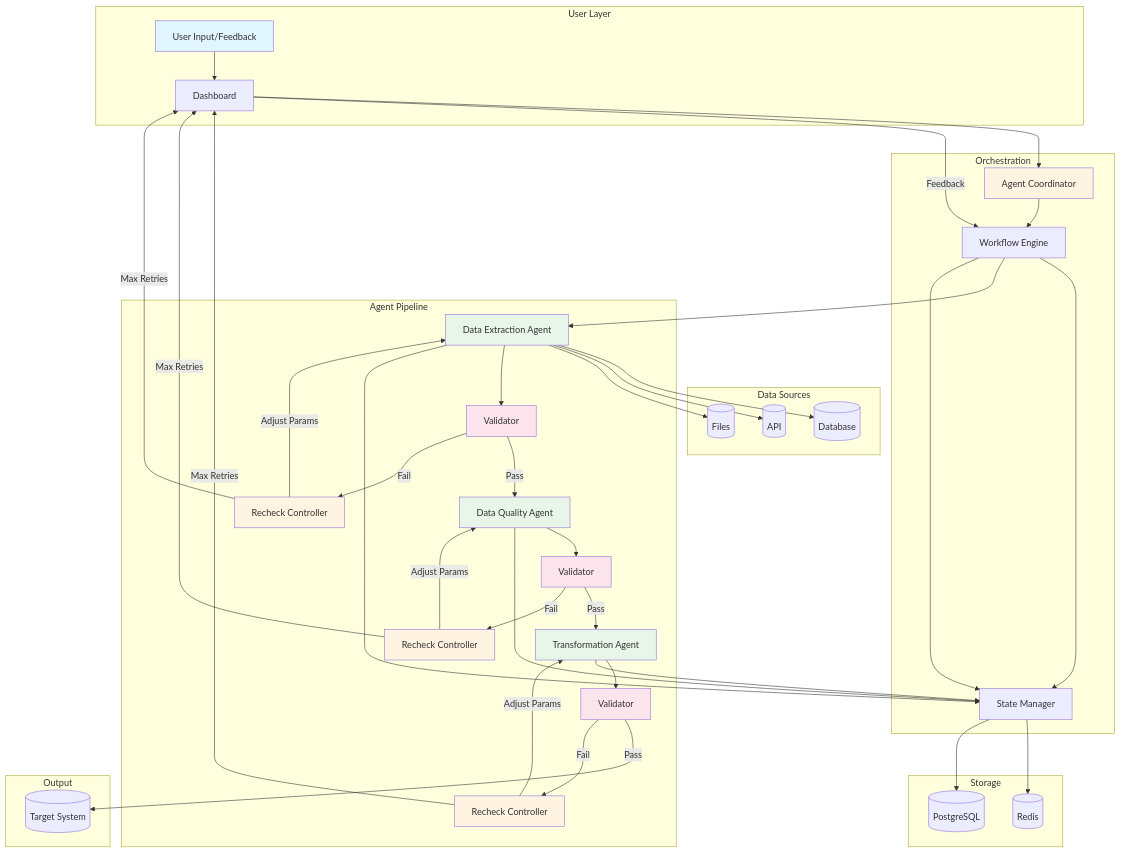
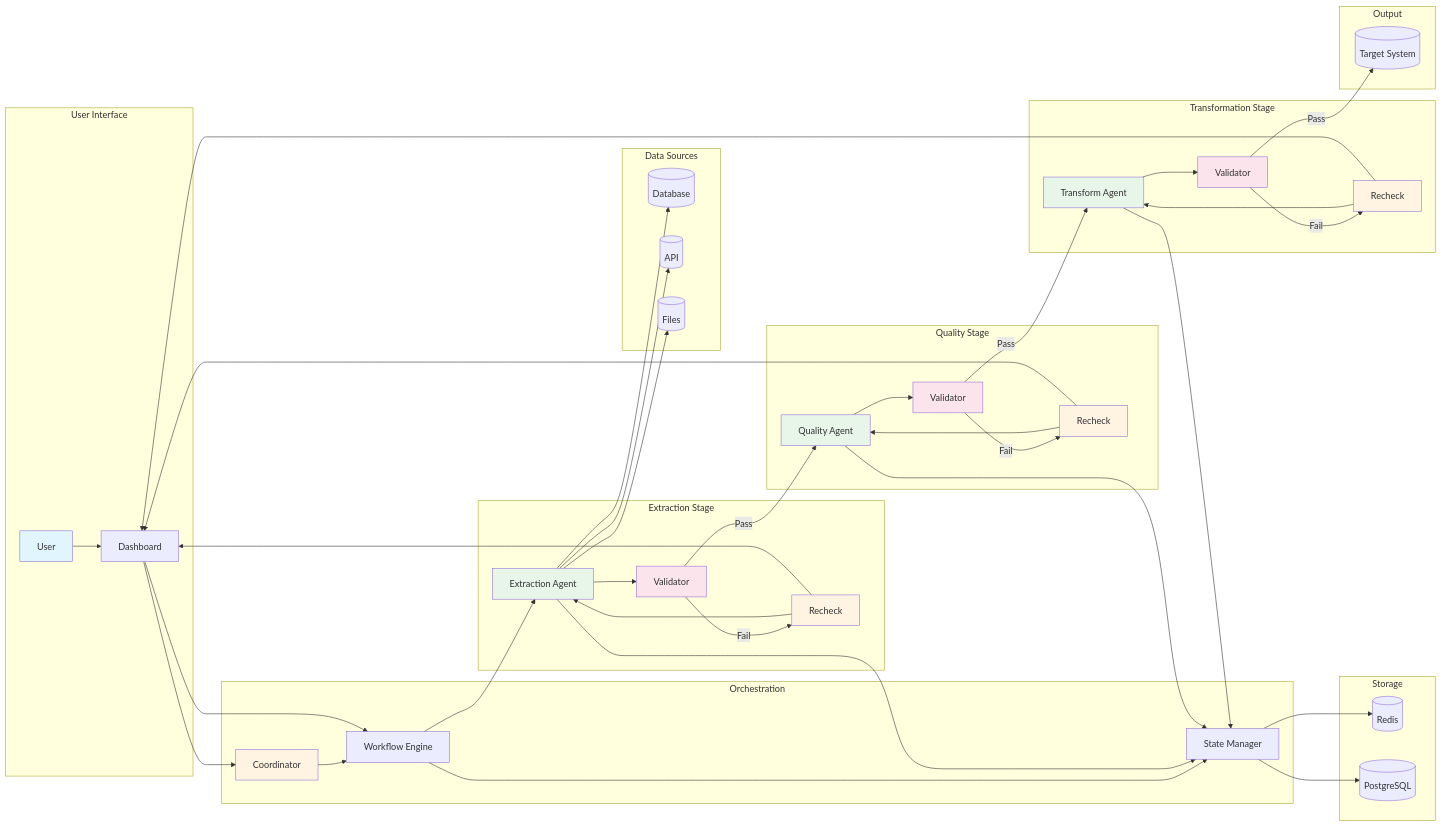
The diagram in architecture-diagram.md (najiatasleem/agentic-de-lifecycle), drawn with Mermaid before and after one commit.

Commit message:
Refactor diagram to left-to-right flow for cleaner layout

````diff
--- a/architecture-diagram.md
+++ b/architecture-diagram.md
@@ -5,12 +5,12 @@
 ```mermaid
-graph TB
-    subgraph "User Layer"
-        USER[User Input/Feedback]
+graph LR
+    subgraph "User Interface"
+        USER[User]
         DASH[Dashboard]
     end
     
     subgraph "Orchestration"
-        COORD[Agent Coordinator]
+        COORD[Coordinator]
         WORKFLOW[Workflow Engine]
         STATE[State Manager]
     end
@@ -21,18 +21,22 @@
         FILES[(Files)]
     end
     
-    subgraph "Agent Pipeline"
-        EXTRACT[Data Extraction Agent]
-        VALIDATE1[Validator]
-        RECHECK1[Recheck Controller]
-        
-        QUALITY[Data Quality Agent]
-        VALIDATE2[Validator]
-        RECHECK2[Recheck Controller]
-        
-        TRANSFORM[Transformation Agent]
-        VALIDATE3[Validator]
-        RECHECK3[Recheck Controller]
+    subgraph "Extraction Stage"
+        EXTRACT[Extraction Agent]
+        V1[Validator]
+        R1[Recheck]
+    end
+    
+    subgraph "Quality Stage"
+        QUALITY[Quality Agent]
+        V2[Validator]
+        R2[Recheck]
+    end
+    
+    subgraph "Transformation Stage"
+        TRANSFORM[Transform Agent]
+        V3[Validator]
+        R3[Recheck]
     end
     
     subgraph "Storage"
@@ -54,29 +58,28 @@
     EXTRACT --> API
     EXTRACT --> FILES
     
-    EXTRACT --> VALIDATE1
-    VALIDATE1 -->|Pass| QUALITY
-    VALIDATE1 -->|Fail| RECHECK1
-    RECHECK1 -->|Adjust Params| EXTRACT
-    RECHECK1 -->|Max Retries| DASH
+    EXTRACT --> V1
+    V1 -->|Pass| QUALITY
+    V1 -->|Fail| R1
+    R1 --> EXTRACT
+    R1 --> DASH
     
-    QUALITY --> VALIDATE2
-    VALIDATE2 -->|Pass| TRANSFORM
-    VALIDATE2 -->|Fail| RECHECK2
-    RECHECK2 -->|Adjust Params| QUALITY
-    RECHECK2 -->|Max Retries| DASH
+    QUALITY --> V2
+    V2 -->|Pass| TRANSFORM
+    V2 -->|Fail| R2
+    R2 --> QUALITY
+    R2 --> DASH
     
-    TRANSFORM --> VALIDATE3
-    VALIDATE3 -->|Pass| TARGET
-    VALIDATE3 -->|Fail| RECHECK3
-    RECHECK3 -->|Adjust Params| TRANSFORM
-    RECHECK3 -->|Max Retries| DASH
+    TRANSFORM --> V3
+    V3 -->|Pass| TARGET
+    V3 -->|Fail| R3
+    R3 --> TRANSFORM
+    R3 --> DASH
     
-    DASH -->|Feedback| WORKFLOW
+    DASH --> WORKFLOW
     STATE --> REDIS
     STATE --> PG
     
-    WORKFLOW --> STATE
     EXTRACT --> STATE
     QUALITY --> STATE
     TRANSFORM --> STATE
@@ -86,10 +89,10 @@
     style EXTRACT fill:#e8f5e9
     style QUALITY fill:#e8f5e9
     style TRANSFORM fill:#e8f5e9
-    style VALIDATE1 fill:#fce4ec
-    style VALIDATE2 fill:#fce4ec
-    style VALIDATE3 fill:#fce4ec
-    style RECHECK1 fill:#fff4e1
-    style RECHECK2 fill:#fff4e1
-    style RECHECK3 fill:#fff4e1
+    style V1 fill:#fce4ec
+    style V2 fill:#fce4ec
+    style V3 fill:#fce4ec
+    style R1 fill:#fff4e1
+    style R2 fill:#fff4e1
+    style R3 fill:#fff4e1
 ```
````
